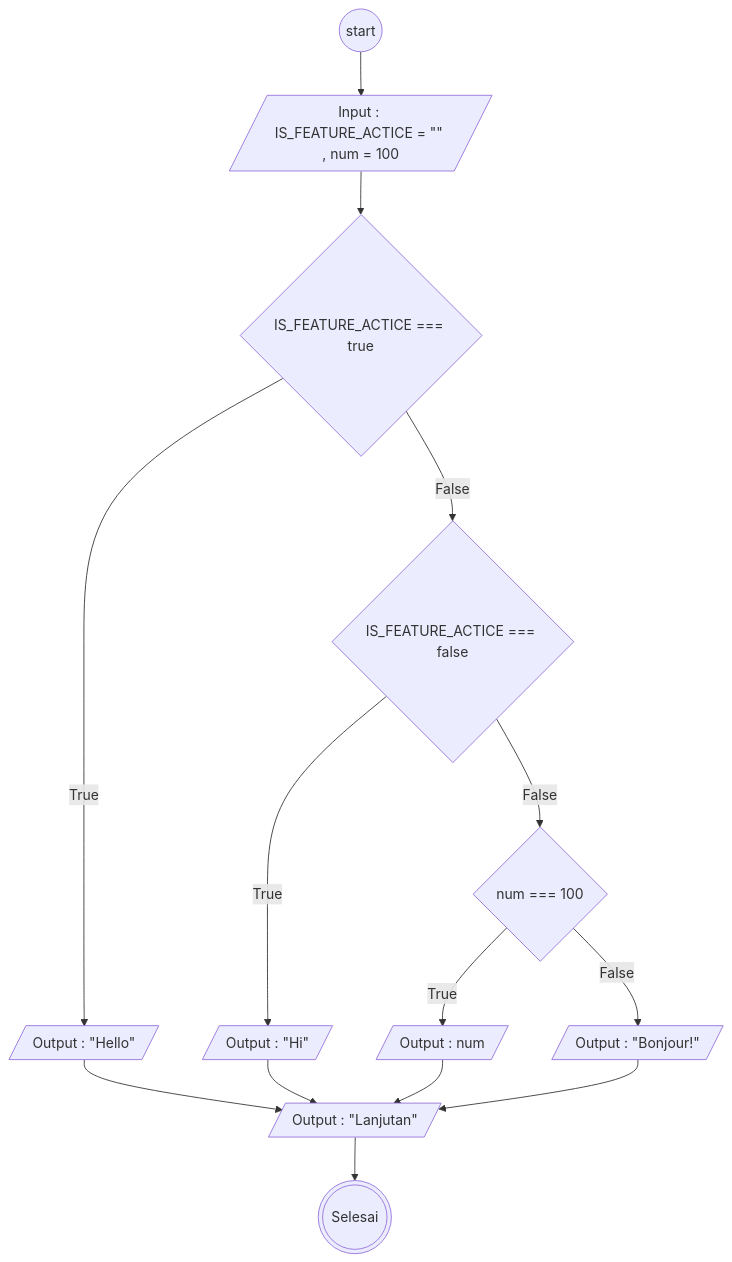
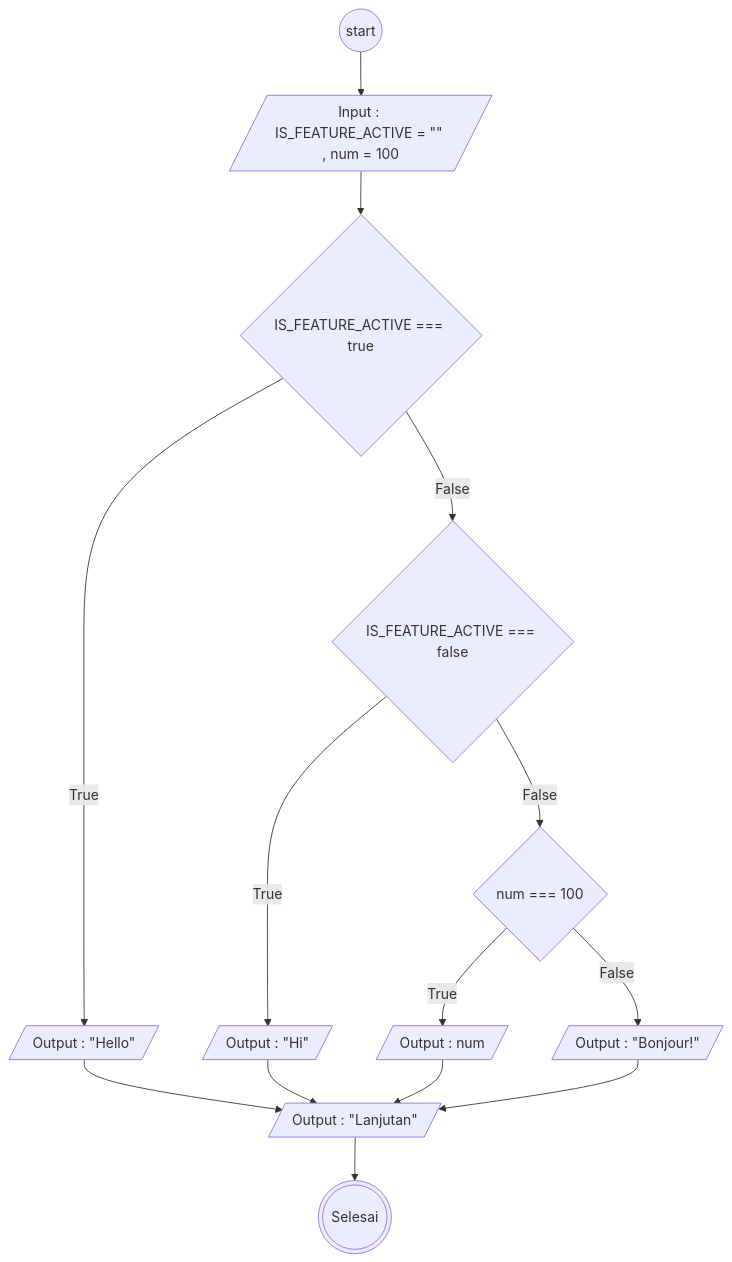
One commit to adityabastyas/koda-b6-javascript1 changed the diagram in flowchart-switch.md. Above: the diagram before and after it, drawn with Mermaid.

Commit message:
Fix formatting issues in flowchart-switch.md

````diff
--- a/flowchart-switch.md
+++ b/flowchart-switch.md
@@ -5,29 +5,29 @@
 ```mermaid
 flowchart
   start@{shape: circle}
-  input@{shape: lean-r, label: 'Input : IS_FEATURE_ACTICE = "" , num = 100'}
-  true@{shape: diamond, label: 'IS_FEATURE_ACTICE === true'}
+  input@{shape: lean-r, label: 'Input : IS_FEATURE_ACTIVE = "" , num = 100'}
+  true@{shape: diamond, label: 'IS_FEATURE_ACTIVE === true'}
   outputTrue@{shape: lean-r, label : 'Output : "Hello"'}
-  false@{shape: diamond, label: 'IS_FEATURE_ACTICE === false'}
+  false@{shape: diamond, label: 'IS_FEATURE_ACTIVE === false'}
   outputFalse@{shape: lean-r, label : 'Output : "Hi"'}
   default@{shape: diamond, label: 'num === 100'}
   defaultTrue@{shape: lean-r, label : 'Output : num'}
   defaultFalse@{shape: lean-r, label : 'Output : "Bonjour!"'}
   lanjutan@{shape: lean-r, label : 'Output : "Lanjutan"'}
 
   selesai@{shape: dbl-circ, label: "Selesai"}
 
   start --> input
   input --> true
   true --True --> outputTrue -->  lanjutan
   true --False --> false
   false --True-->  outputFalse  -->  lanjutan
   false --False--> default
   default --True--> defaultTrue -->  lanjutan
   default --False--> defaultFalse -->  lanjutan
   lanjutan --> selesai
 
 
 
 
 ```
````
